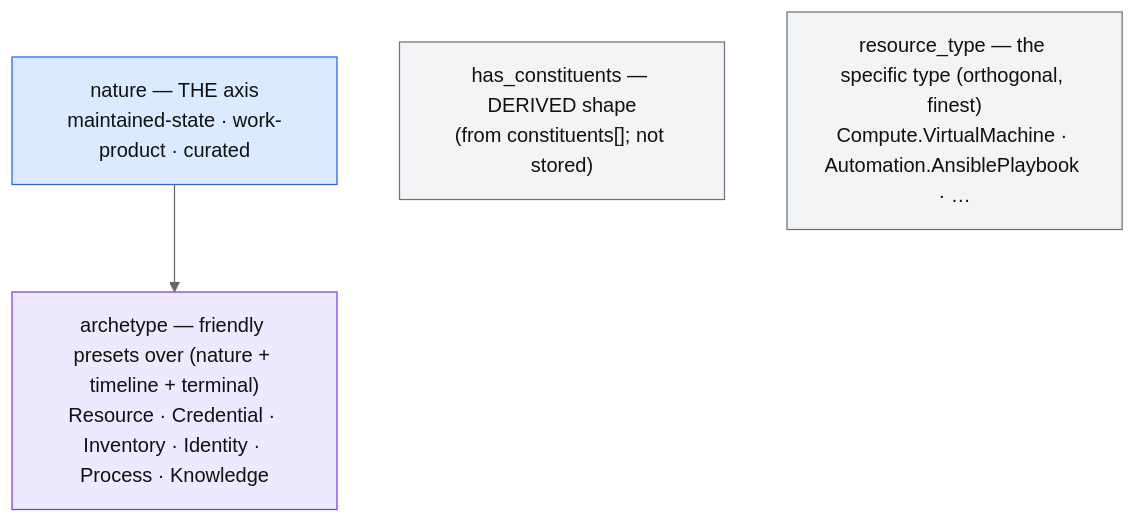
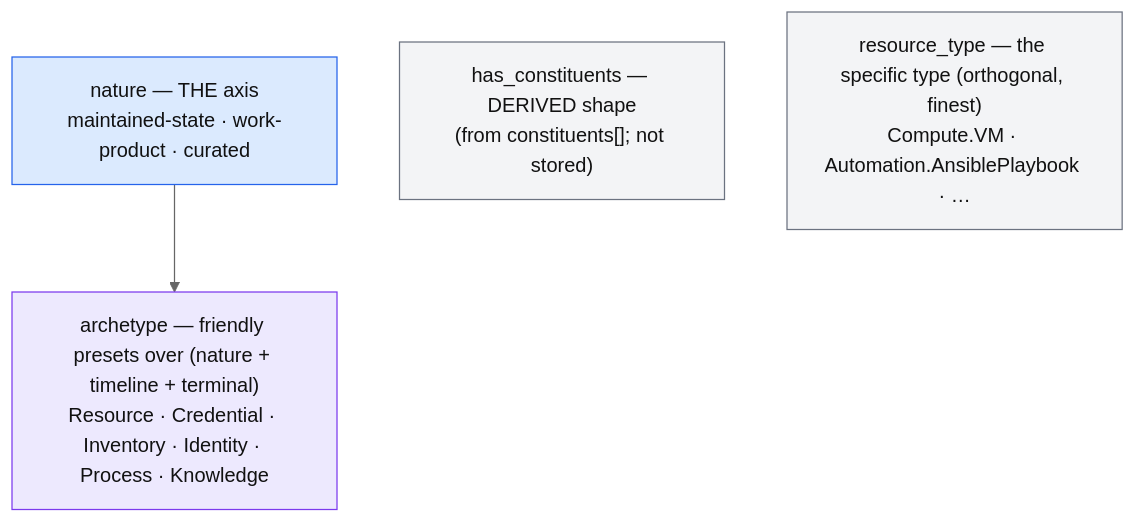
The diagram in design-principles/naming-charter.md (croadfeldt/udlm), drawn with Mermaid (neutral theme) before and after one commit. The commit also changed other lines of this file and 48 other files, not shown here.

````diff
--- a/design-principles/naming-charter.md
+++ b/design-principles/naming-charter.md
@@ -36,10 +36,10 @@
 ```mermaid
 flowchart TD
     NAT["nature — THE axis<br/>maintained-state · work-product · curated"]:::axis
     NAT --> AR["archetype — friendly presets over (nature + timeline + terminal)<br/>Resource · Credential · Inventory · Identity · Process · Knowledge"]:::preset
     ET["has_constituents — DERIVED shape<br/>(from constituents[]; not stored)"]:::orth
-    RT["resource_type — the specific type (orthogonal, finest)<br/>Compute.VirtualMachine · Automation.AnsiblePlaybook · …"]:::orth
+    RT["resource_type — the specific type (orthogonal, finest)<br/>Compute.VM · Automation.AnsiblePlaybook · …"]:::orth
     classDef axis fill:#dbeafe,stroke:#2563eb,color:#111
     classDef preset fill:#ede9fe,stroke:#7c3aed,color:#111
     classDef orth fill:#f3f4f6,stroke:#6b7280,color:#111
 ```
````
